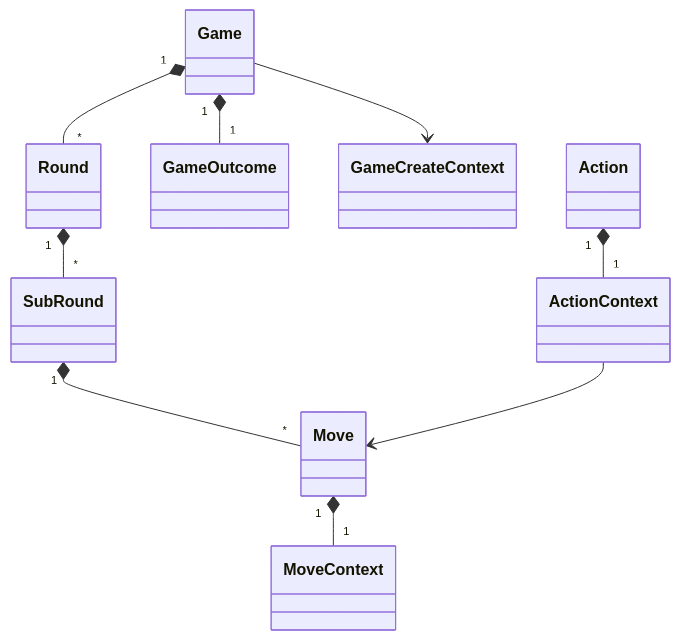
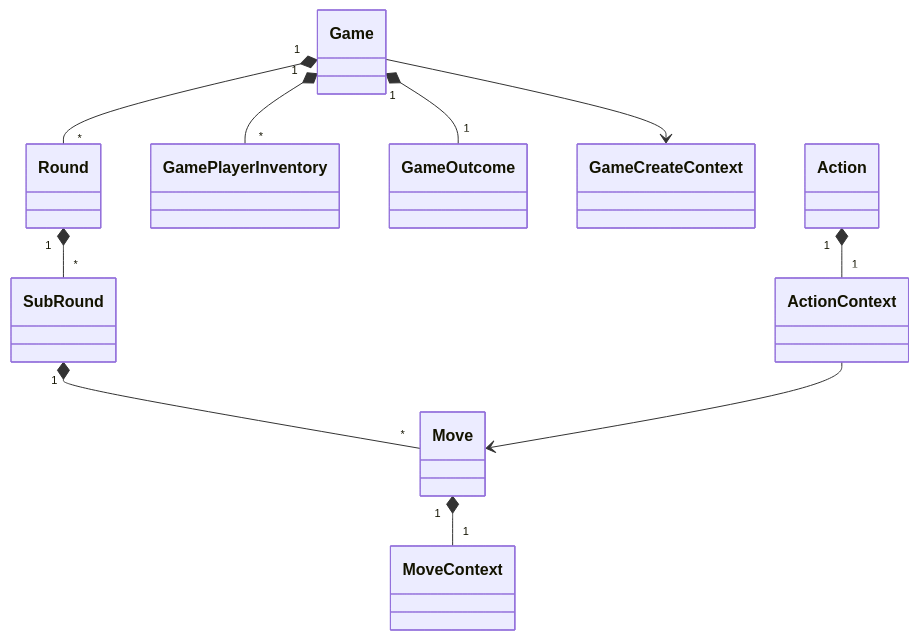
One commit to vku007/aval changed the second of 3 diagrams in apiv2/src/domain/GAME_FLOW.md. Above: the diagram before and after it, drawn with Mermaid. The commit also changed other lines of this file and 77 other files, not shown here.

Commit message:
Give each player an inventory that an extended throw spends, show a Stone, Scissors, or Paper prime for a size effect in the local match, and publish the project under Apache-2.0.

````diff
--- a/apiv2/src/domain/GAME_FLOW.md
+++ b/apiv2/src/domain/GAME_FLOW.md
@@ -53,11 +53,12 @@
 ```mermaid
 classDiagram
   Game "1" *-- "*" Round
+  Game "1" *-- "*" GamePlayerInventory
   Game "1" *-- "1" GameOutcome
   Game --> GameCreateContext
   Round "1" *-- "*" SubRound
   SubRound "1" *-- "*" Move
   Move "1" *-- "1" MoveContext
   Action "1" *-- "1" ActionContext
   ActionContext --> Move
 ```
````
